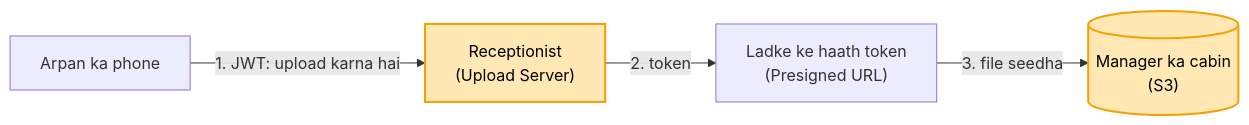
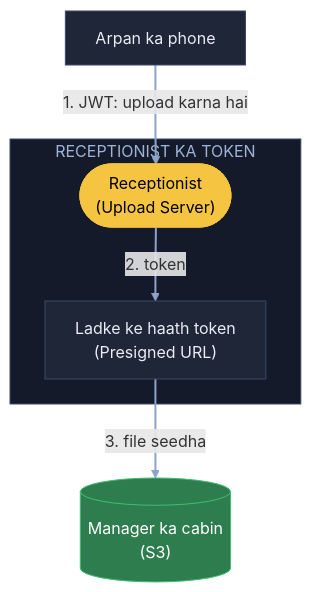
The third of 8 diagrams in 04_HLD/SYSTEM_DESIGNS/07_file_upload_validate_system/07_file_upload.md (ArpanMaheshwari144/Prep), drawn with Mermaid before and after one commit. The commit also changed other lines of this file, not shown here.

Commit message:
File upload: 8 diagram YouTube (reel) wale card andaaz me

````diff
--- a/04_HLD/SYSTEM_DESIGNS/07_file_upload_validate_system/07_file_upload.md
+++ b/04_HLD/SYSTEM_DESIGNS/07_file_upload_validate_system/07_file_upload.md
@@ -98,8 +119,18 @@
 ```mermaid
-flowchart LR
-    A["Arpan ka phone"] -- "1. JWT: upload karna hai" --> U["Receptionist<br/>(Upload Server)"]
-    U -- "2. token" --> T["Ladke ke haath token<br/>(Presigned URL)"]
-    T -- "3. file seedha" --> S3[("Manager ka cabin<br/>(S3)")]
-    style U fill:#ffe8b3,stroke:#f59f00,stroke-width:2px,color:#000
-    style S3 fill:#ffe8b3,stroke:#f59f00,stroke-width:2px,color:#000
+flowchart TB
+    A["Arpan ka phone"]:::card
+    subgraph RC["RECEPTIONIST KA TOKEN"]
+        U(["Receptionist<br/>(Upload Server)"]):::pill
+        T["Ladke ke haath token<br/>(Presigned URL)"]:::card
+    end
+    S3[("Manager ka cabin<br/>(S3)")]:::good
+    A -- "1. JWT: upload karna hai" --> U
+    U -- "2. token" --> T
+    T -- "3. file seedha" --> S3
+    linkStyle default stroke:#8fa3c7,stroke-width:2px
+    classDef card fill:#1e2638,stroke:#3a4a6b,color:#e8ecf5
+    classDef pill fill:#f5c542,stroke:#f5c542,color:#000
+    classDef good fill:#2e7d4f,stroke:#3fbf6f,color:#fff
+    classDef bad fill:#5c1f24,stroke:#e05561,color:#fff
+    style RC fill:#141a29,stroke:#3a4a6b,color:#9fb3d9
 ```
````
